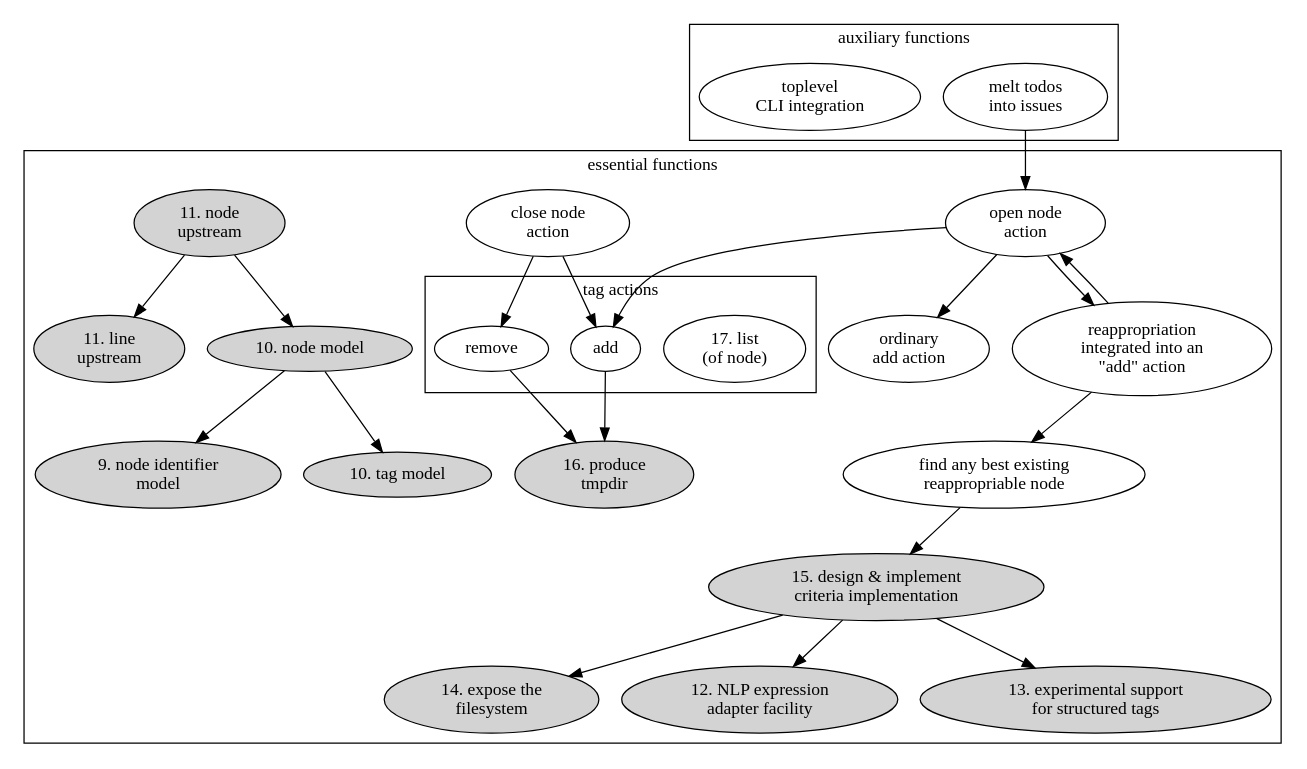
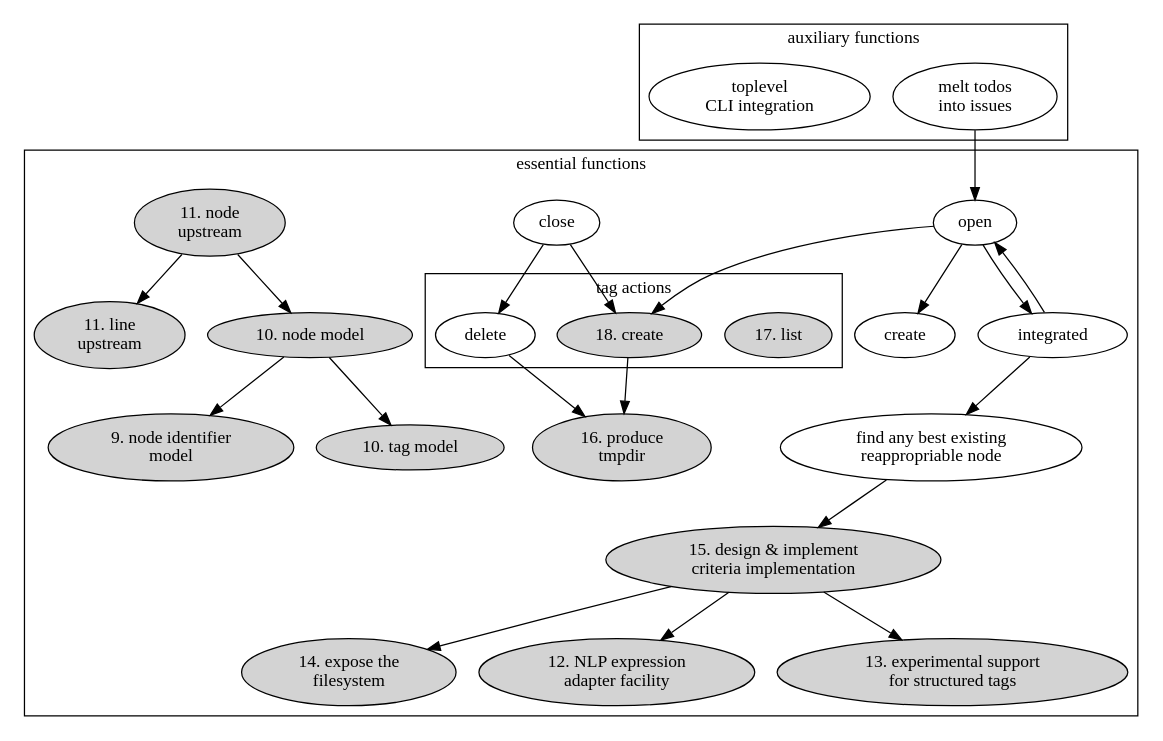
Before and after one commit to hipe/tmx: the diagram in lib/skylab/snag/doc/issues/038/component-digraph.dot, drawn with Graphviz. The commit also changed 28 other files, not shown here.

```diff
--- a/lib/skylab/snag/doc/issues/038/component-digraph.dot
+++ b/lib/skylab/snag/doc/issues/038/component-digraph.dot
@@ -1,66 +1,65 @@
 digraph {
 
 subgraph cluster_main {
 
   label="essential functions"
 
   subgraph cluster_tag_actions {
     label="tag actions"
-    tl [label="17. list\n(of node)"]
-    ta [label="add" ]
-    tr [label="remove"]
+    tl [label="17. list" style=filled]
+    ta [label="18. create" style=filled]
+    tr [label="delete"]
   }
 
-
-  aa [label="open node\naction" ]
-  ca [label="close node\naction" ]
+  aa [label="open" ]
+  ca [label="close" ]
   de [label="15. design & implement\ncriteria implementation" style=filled]
   FS [label="14. expose the\nfilesystem" style=filled]
   line_upstream [label="11. line\nupstream" style=filled]
   NLP_experiment [label="12. NLP expression\nadapter facility" style=filled]
   node_identifier_model [label="9. node identifier\nmodel" style=filled]
   node_model [label="10. node model" style=filled]
   node_upstream [label="11. node\nupstream" style=filled]
-  oaa [label="ordinary\nadd action"]
-  rea [label="reappropriation\nintegrated into an\n\"add\" action" ]
+  oaa [label="create"]
+  rea [label="integrated" ]
   rea_actor [label="find any best existing\nreappropriable node" ]
   stru [label="13. experimental support\nfor structured tags" style=filled]
   tag_model [label="10. tag model" style=filled]
   tmpdir [label="16. produce\ntmpdir" style=filled]
 
   aa->rea
   aa->ta
 
   ca->tr
   ca->ta
 
   rea->aa
   aa->oaa
   rea->rea_actor
 
   rea_actor->de
   de->NLP_experiment
   de->FS
   de->stru
 
   node_upstream -> line_upstream
   node_upstream -> node_model
 
   node_model -> node_identifier_model
   node_model -> tag_model
 
   tr->tmpdir
   ta->tmpdir
 
 }
 
 
 subgraph cluster_after {
 
   label="auxiliary functions"
   melt [label="melt todos\ninto issues"]
   top_cli [label="toplevel\nCLI integration"]
 }
 
 melt->aa
 }
```
